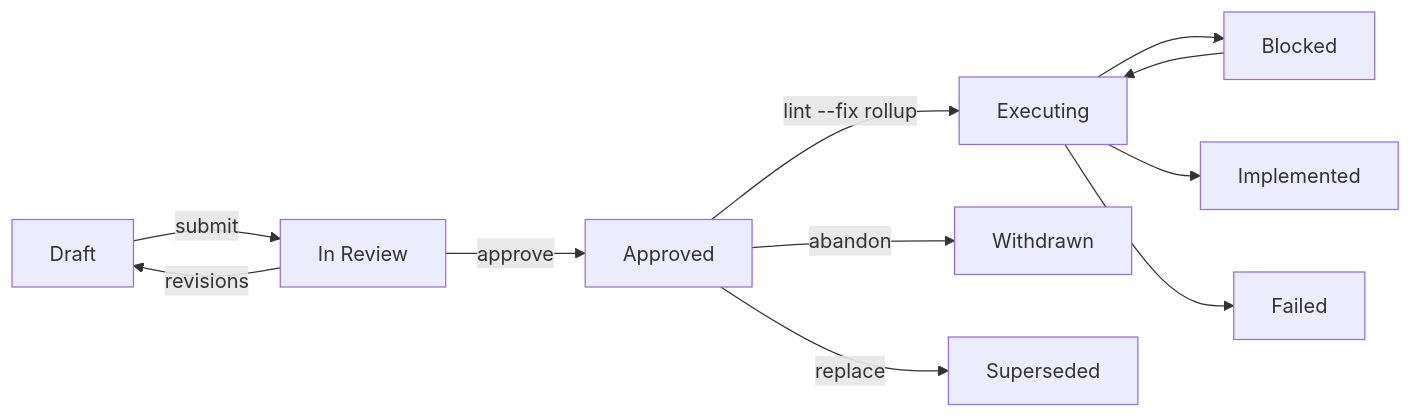
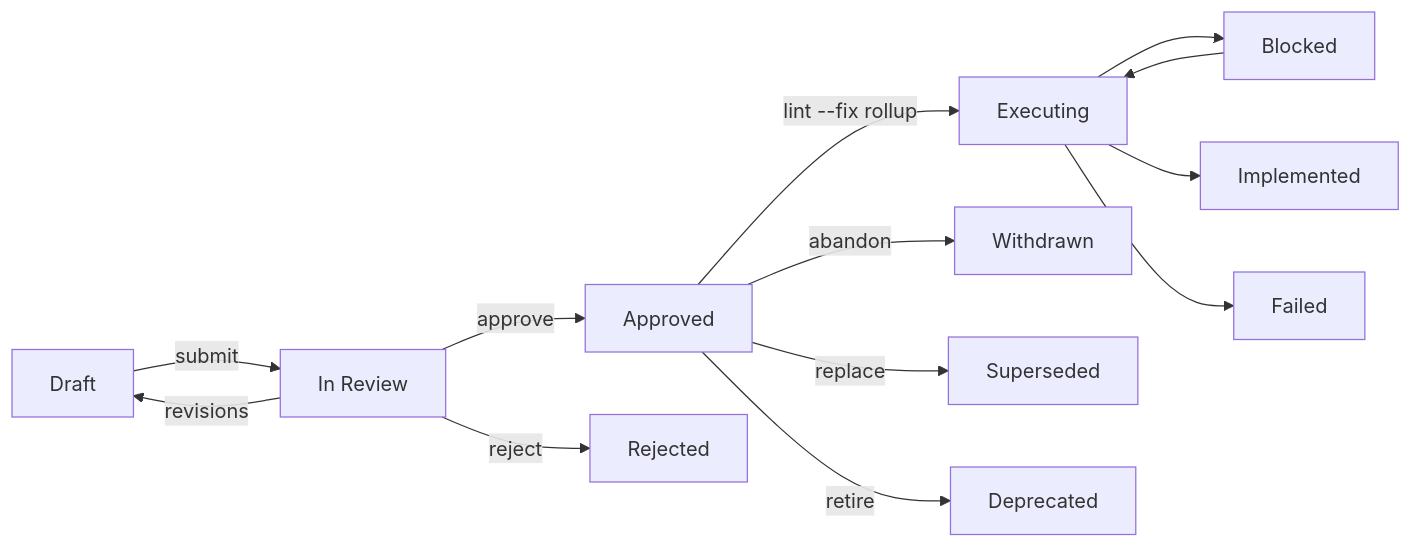
One commit to specscore/specscore changed the second of 5 diagrams in spec/features/plan/README.md. Above: the diagram before and after it, drawn with Mermaid. The commit also changed other lines of this file and 22 other files, not shown here.

````diff
--- a/spec/features/plan/README.md
+++ b/spec/features/plan/README.md
@@ -222,23 +224,27 @@
 ```mermaid
 graph LR
     A["Draft"]
     B["In Review"]
     C["Approved"]
     E["Executing"]
     K["Blocked"]
     I["Implemented"]
     F["Failed"]
+    R["Rejected"]
     W["Withdrawn"]
     S["Superseded"]
+    D["Deprecated"]
 
     A -->|submit| B
     B -->|revisions| A
     B -->|approve| C
+    B -->|reject| R
     C -->|lint --fix rollup| E
     E --> K
     E --> I
     E --> F
     K --> E
     C -->|abandon| W
     C -->|replace| S
+    C -->|retire| D
 ```
````
